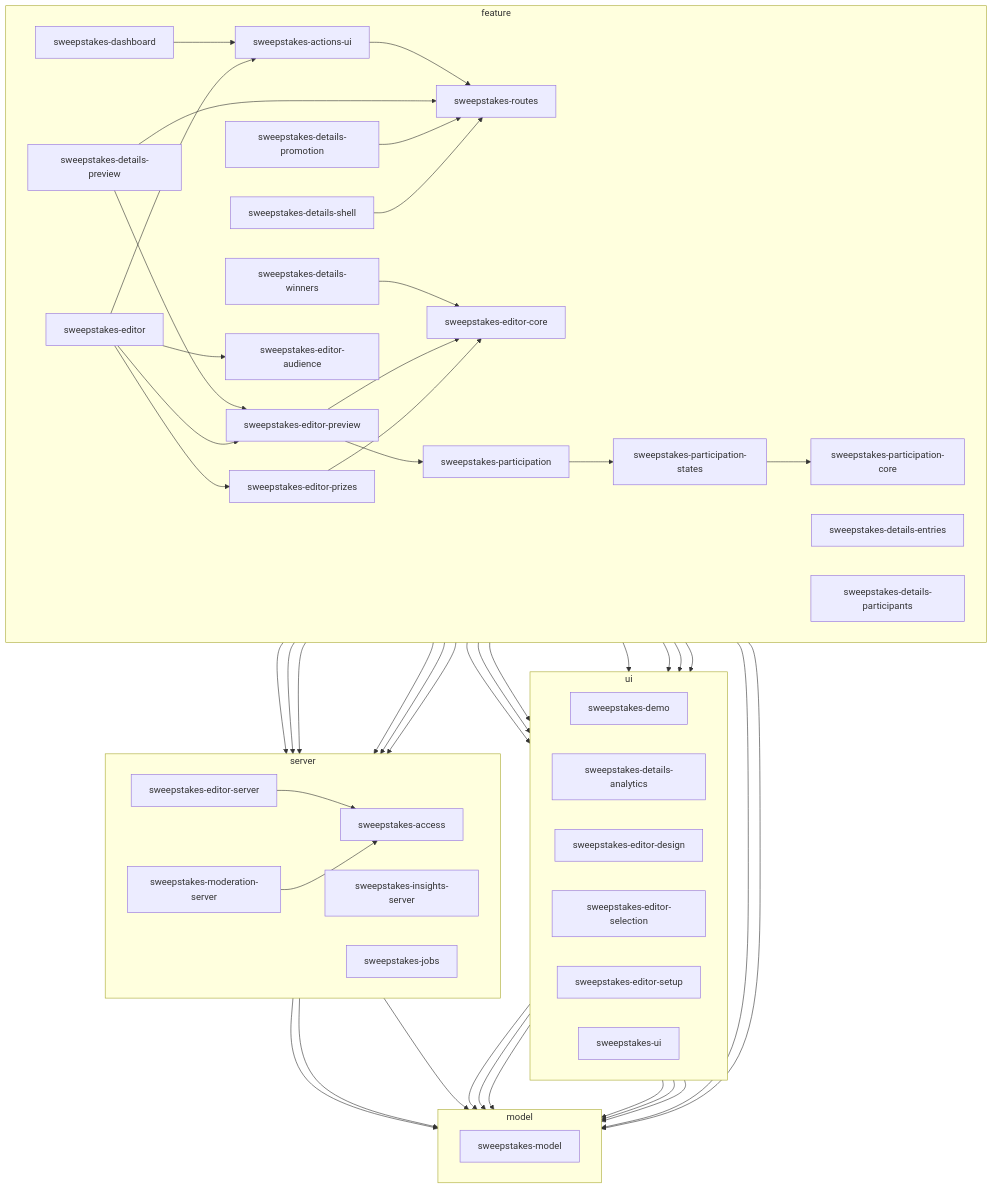
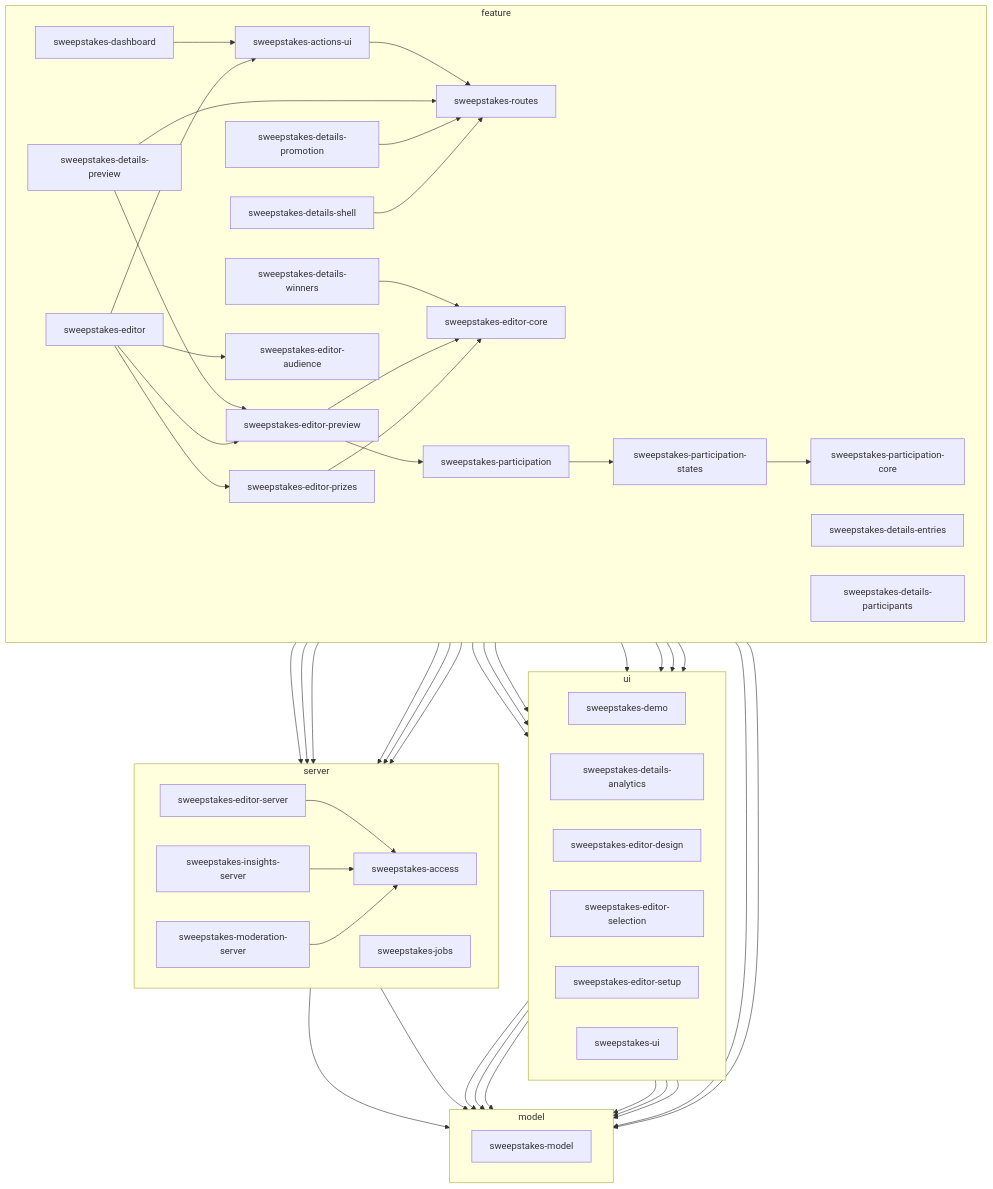
One commit to GGonryun/giveaway.dog changed the third of 3 diagrams in docs/monorepo/package-graph.md. Above: the diagram before and after it, drawn with Mermaid. The commit also changed 28 other files, not shown here.

```diff
--- a/docs/monorepo/package-graph.md
+++ b/docs/monorepo/package-graph.md
@@ -255,7 +255,7 @@
   sweepstakes_editor_selection --> sweepstakes_model
   sweepstakes_editor_server --> sweepstakes_access
   sweepstakes_editor_setup --> sweepstakes_model
-  sweepstakes_insights_server --> sweepstakes_model
+  sweepstakes_insights_server --> sweepstakes_access
   sweepstakes_jobs --> sweepstakes_model
   sweepstakes_moderation_server --> sweepstakes_access
   sweepstakes_participation --> sweepstakes_participation_states
```
